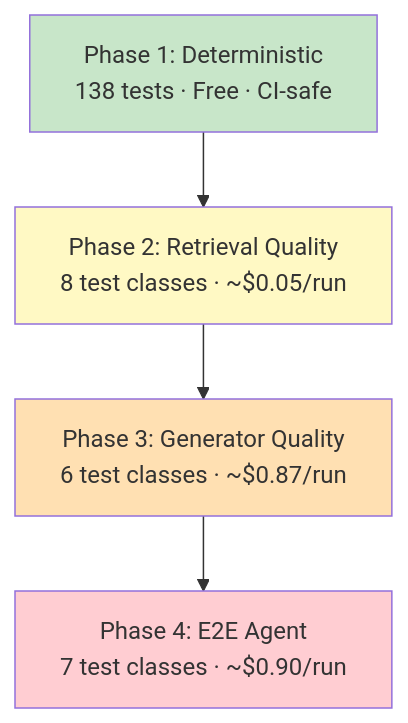
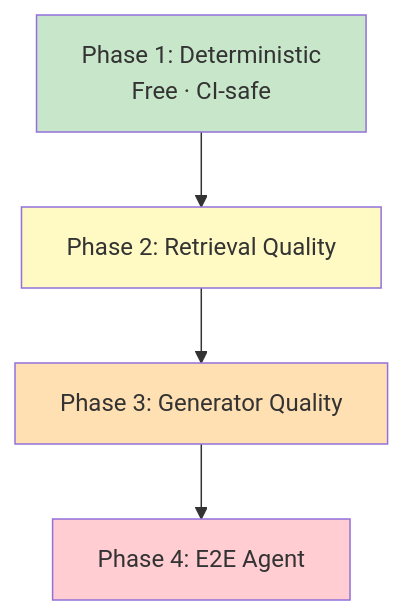
Before and after one commit to thedatamonk/farmer-buddy: the diagram in TESTING.md, drawn with Mermaid. The commit also changed other lines of this file and 1 other file, not shown here.

````diff
--- a/TESTING.md
+++ b/TESTING.md
@@ -12,16 +12,16 @@
 ```mermaid
 graph TD
-    P1[Phase 1: Deterministic<br/>138 tests · Free · CI-safe]
-    P2[Phase 2: Retrieval Quality<br/>8 test classes · ~$0.05/run]
-    P3[Phase 3: Generator Quality<br/>6 test classes · ~$0.87/run]
-    P4[Phase 4: E2E Agent<br/>7 test classes · ~$0.90/run]
+    P1[Phase 1: Deterministic<br/>Free · CI-safe]
+    P2[Phase 2: Retrieval Quality]
+    P3[Phase 3: Generator Quality]
+    P4[Phase 4: E2E Agent]
 
     P1 --> P2
     P2 --> P3
     P3 --> P4
 
     style P1 fill:#c8e6c9
     style P2 fill:#fff9c4
     style P3 fill:#ffe0b2
     style P4 fill:#ffcdd2
 ```
````
